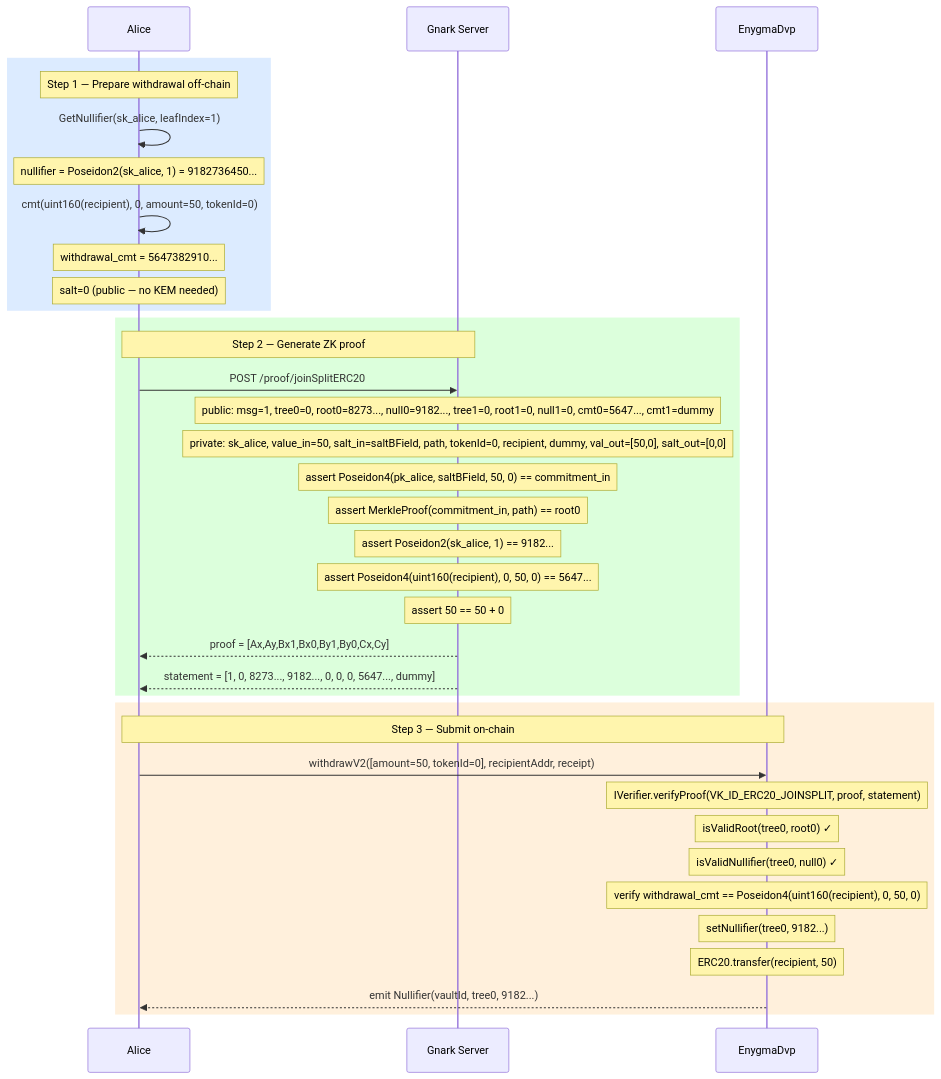
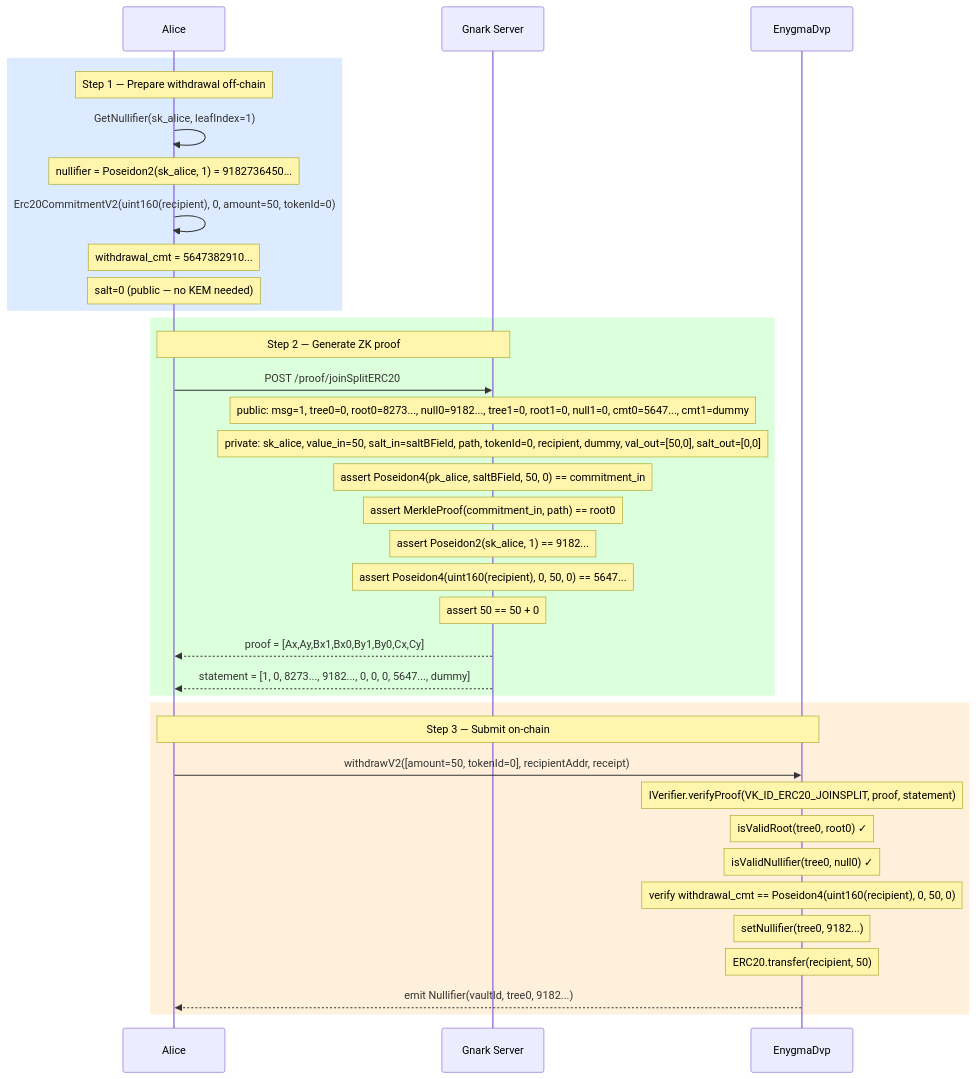
The diagram in enygma_dvp/docs/flows/04_withdraw_erc20.md (yaksetig/Enygma), drawn with Mermaid before and after one commit. The commit also changed 1 other file, not shown here.

````diff
--- a/enygma_dvp/docs/flows/04_withdraw_erc20.md
+++ b/enygma_dvp/docs/flows/04_withdraw_erc20.md
@@ -70,47 +70,47 @@
 ```mermaid
 sequenceDiagram
     participant Alice
     participant Gnark as Gnark Server
     participant DVP as EnygmaDvp
 
     rect rgb(220, 235, 255)
         Note over Alice: Step 1 — Prepare withdrawal off-chain
 
         Alice->>Alice: GetNullifier(sk_alice, leafIndex=1)
         Note over Alice: nullifier = Poseidon2(sk_alice, 1) = 9182736450...
 
-        Alice->>Alice: cmt(uint160(recipient), 0, amount=50, tokenId=0)
+        Alice->>Alice: Erc20CommitmentV2(uint160(recipient), 0, amount=50, tokenId=0)
         Note over Alice: withdrawal_cmt = 5647382910...
         Note over Alice: salt=0 (public — no KEM needed)
     end
 
     rect rgb(220, 255, 220)
         Note over Alice,Gnark: Step 2 — Generate ZK proof
 
         Alice->>Gnark: POST /proof/joinSplitERC20
         Note over Gnark: public: msg=1, tree0=0, root0=8273..., null0=9182..., tree1=0, root1=0, null1=0, cmt0=5647..., cmt1=dummy
         Note over Gnark: private: sk_alice, value_in=50, salt_in=saltBField, path, tokenId=0, recipient, dummy, val_out=[50,0], salt_out=[0,0]
         Note over Gnark: assert Poseidon4(pk_alice, saltBField, 50, 0) == commitment_in
         Note over Gnark: assert MerkleProof(commitment_in, path) == root0
         Note over Gnark: assert Poseidon2(sk_alice, 1) == 9182...
         Note over Gnark: assert Poseidon4(uint160(recipient), 0, 50, 0) == 5647...
         Note over Gnark: assert 50 == 50 + 0
 
         Gnark-->>Alice: proof = [Ax,Ay,Bx1,Bx0,By1,By0,Cx,Cy]
         Gnark-->>Alice: statement = [1, 0, 8273..., 9182..., 0, 0, 0, 5647..., dummy]
     end
 
     rect rgb(255, 240, 220)
         Note over Alice,DVP: Step 3 — Submit on-chain
 
         Alice->>DVP: withdrawV2([amount=50, tokenId=0], recipientAddr, receipt)
         Note over DVP: IVerifier.verifyProof(VK_ID_ERC20_JOINSPLIT, proof, statement)
         Note over DVP: isValidRoot(tree0, root0) ✓
         Note over DVP: isValidNullifier(tree0, null0) ✓
         Note over DVP: verify withdrawal_cmt == Poseidon4(uint160(recipient), 0, 50, 0)
         Note over DVP: setNullifier(tree0, 9182...)
         Note over DVP: ERC20.transfer(recipient, 50)
 
         DVP-->>Alice: emit Nullifier(vaultId, tree0, 9182...)
     end
 ```
````
